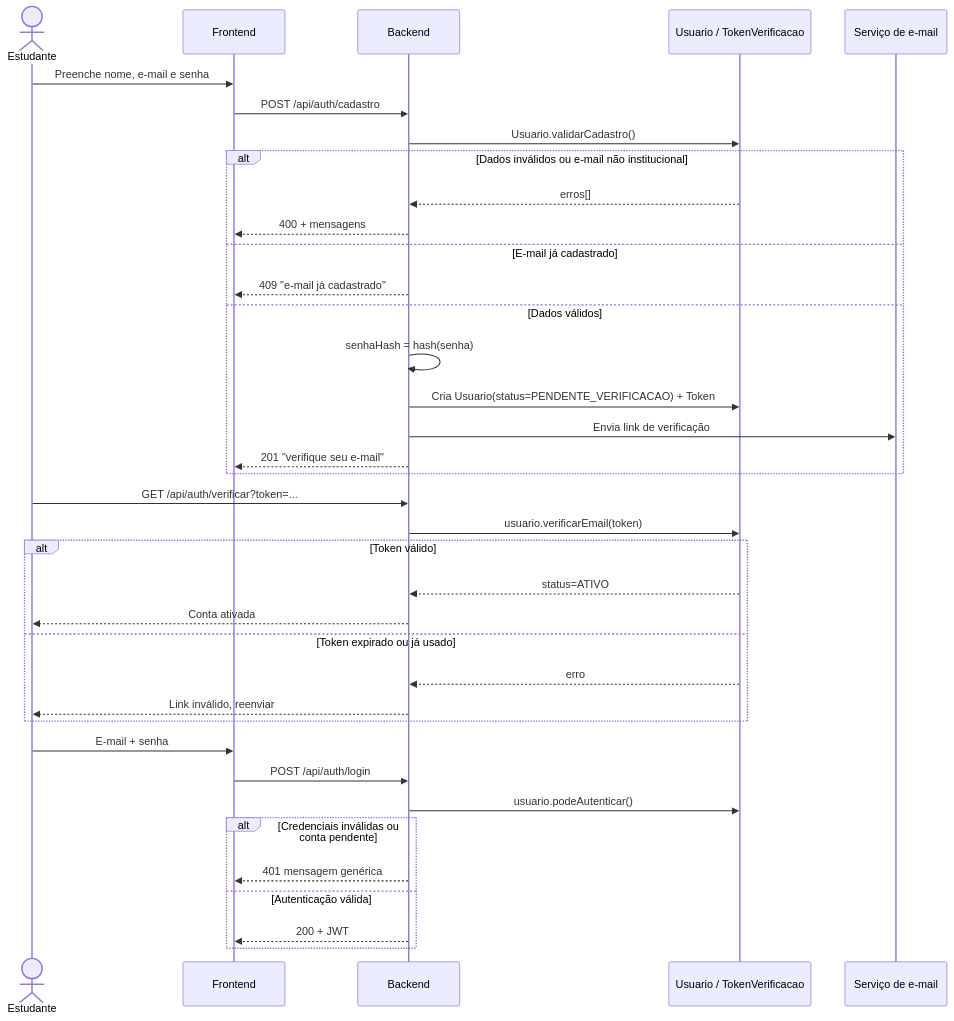
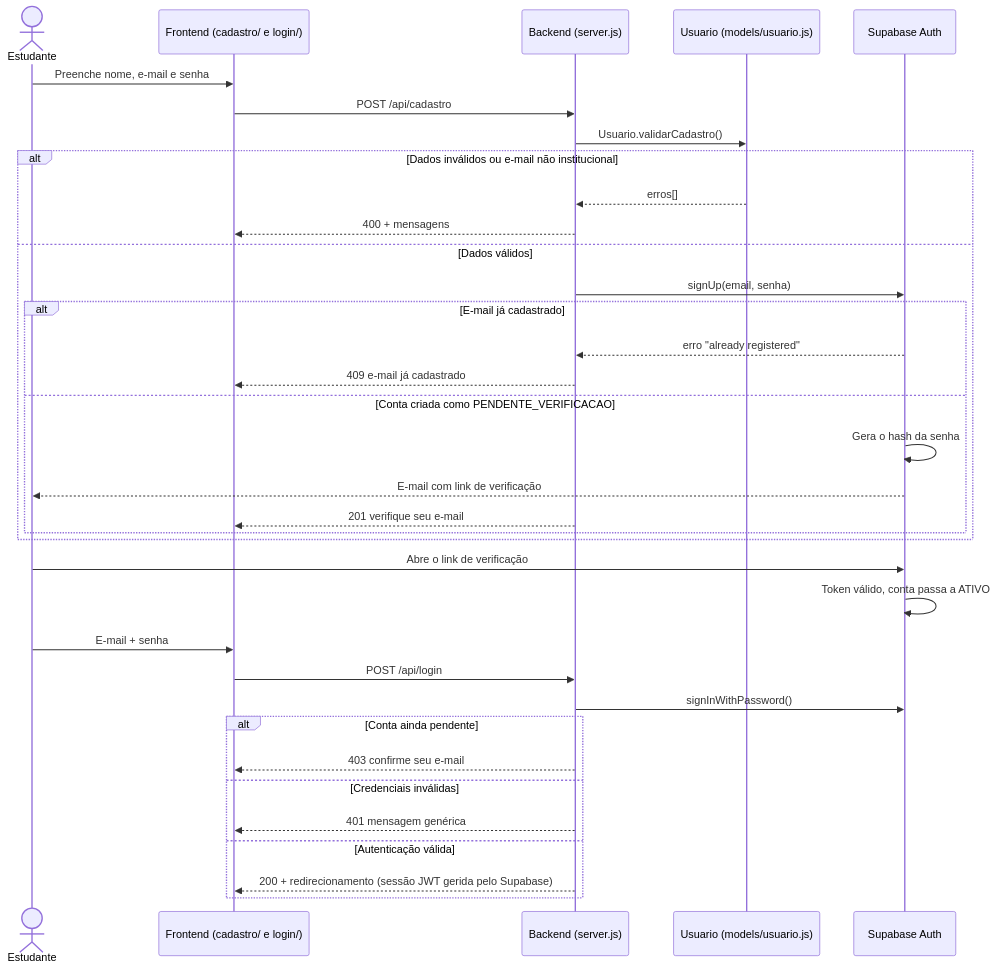
Before and after one commit to pstehling/tp-eng-software: the third of 7 diagrams in docs/modelagem/modelagem.md, drawn with Mermaid. The commit also changed other lines of this file and 39 other files, not shown here.

Commit message:
Sprint 3: modelos de domínio, testes, diagramas e ajustes no fluxo de autenticação

````diff
--- a/docs/modelagem/modelagem.md
+++ b/docs/modelagem/modelagem.md
@@ -215,45 +230,42 @@
 ```mermaid
 sequenceDiagram
     actor E as Estudante
-    participant UI as Frontend
-    participant API as Backend
-    participant M as Usuario / TokenVerificacao
-    participant MAIL as Serviço de e-mail
+    participant UI as Frontend (cadastro/ e login/)
+    participant API as Backend (server.js)
+    participant M as Usuario (models/usuario.js)
+    participant AUTH as Supabase Auth
 
     E->>UI: Preenche nome, e-mail e senha
-    UI->>API: POST /api/auth/cadastro
+    UI->>API: POST /api/cadastro
     API->>M: Usuario.validarCadastro()
 
     alt Dados inválidos ou e-mail não institucional
         M-->>API: erros[]
         API-->>UI: 400 + mensagens
-    else E-mail já cadastrado
-        API-->>UI: 409 "e-mail já cadastrado"
     else Dados válidos
-        API->>API: senhaHash = hash(senha)
-        API->>M: Cria Usuario(status=PENDENTE_VERIFICACAO) + Token
-        API->>MAIL: Envia link de verificação
-        API-->>UI: 201 "verifique seu e-mail"
+        API->>AUTH: signUp(email, senha)
+        alt E-mail já cadastrado
+            AUTH-->>API: erro "already registered"
+            API-->>UI: 409 e-mail já cadastrado
+        else Conta criada como PENDENTE_VERIFICACAO
+            AUTH->>AUTH: Gera o hash da senha
+            AUTH-->>E: E-mail com link de verificação
+            API-->>UI: 201 verifique seu e-mail
+        end
     end
 
-    E->>API: GET /api/auth/verificar?token=...
-    API->>M: usuario.verificarEmail(token)
-
-    alt Token válido
-        M-->>API: status=ATIVO
-        API-->>E: Conta ativada
-    else Token expirado ou já usado
-        M-->>API: erro
-        API-->>E: Link inválido, reenviar
-    end
+    E->>AUTH: Abre o link de verificação
+    AUTH->>AUTH: Token válido, conta passa a ATIVO
 
     E->>UI: E-mail + senha
-    UI->>API: POST /api/auth/login
-    API->>M: usuario.podeAutenticar()
+    UI->>API: POST /api/login
+    API->>AUTH: signInWithPassword()
 
-    alt Credenciais inválidas ou conta pendente
+    alt Conta ainda pendente
+        API-->>UI: 403 confirme seu e-mail
+    else Credenciais inválidas
         API-->>UI: 401 mensagem genérica
     else Autenticação válida
-        API-->>UI: 200 + JWT
+        API-->>UI: 200 + redirecionamento (sessão JWT gerida pelo Supabase)
     end
 ```
````
